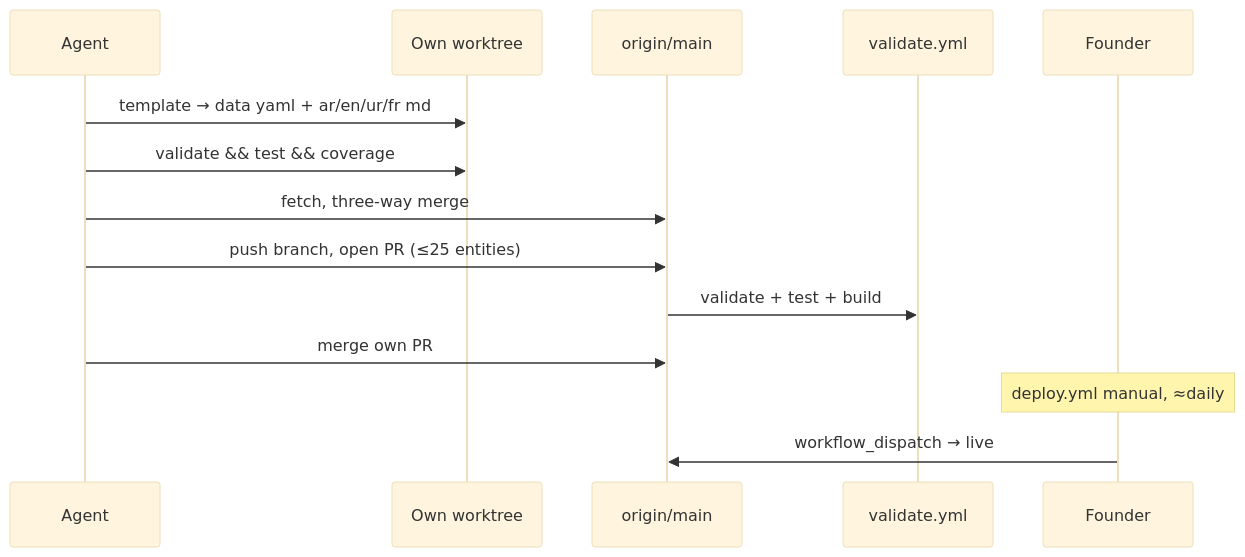
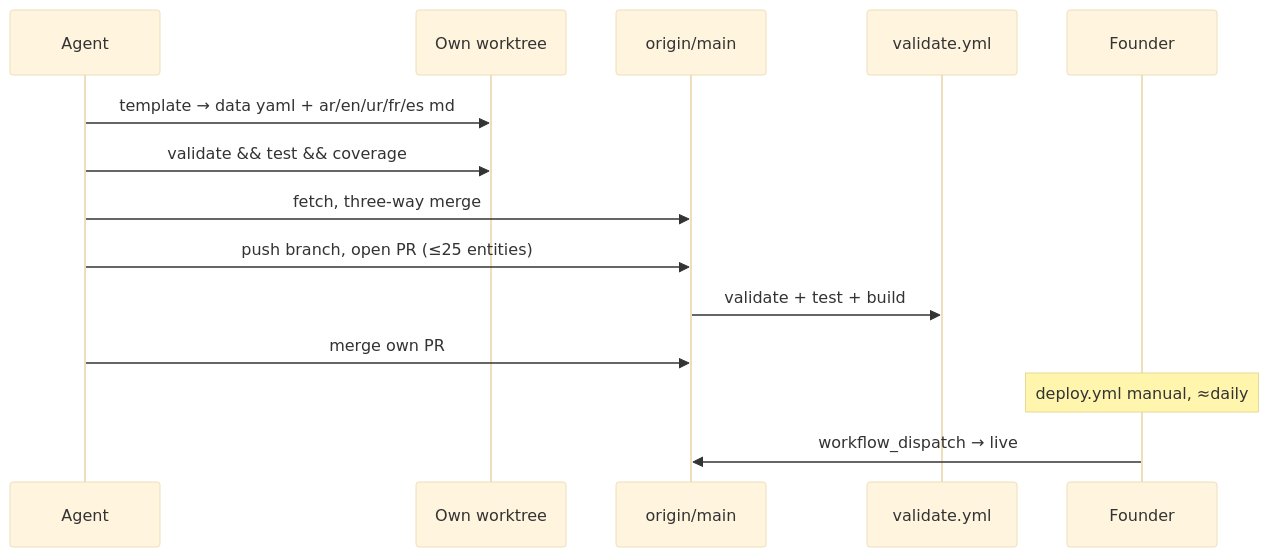
The third of 8 diagrams in docs/engineering/diagrams.md (amado2k5/islam-museum), drawn with Mermaid (base theme) before and after one commit. The commit also changed other lines of this file and 69 other files, not shown here.

````diff
--- a/docs/engineering/diagrams.md
+++ b/docs/engineering/diagrams.md
@@ -52,17 +52,17 @@
 ```mermaid
 sequenceDiagram
     participant A as Agent
     participant W as Own worktree
     participant GH as origin/main
     participant CI as validate.yml
     participant F as Founder
 
-    A->>W: template → data yaml + ar/en/ur/fr md
+    A->>W: template → data yaml + ar/en/ur/fr/es md
     A->>W: validate && test && coverage
     A->>GH: fetch, three-way merge
     A->>GH: push branch, open PR (≤25 entities)
     GH->>CI: validate + test + build
     A->>GH: merge own PR
     Note over F: deploy.yml manual, ≈daily
     F->>GH: workflow_dispatch → live
 ```
````
